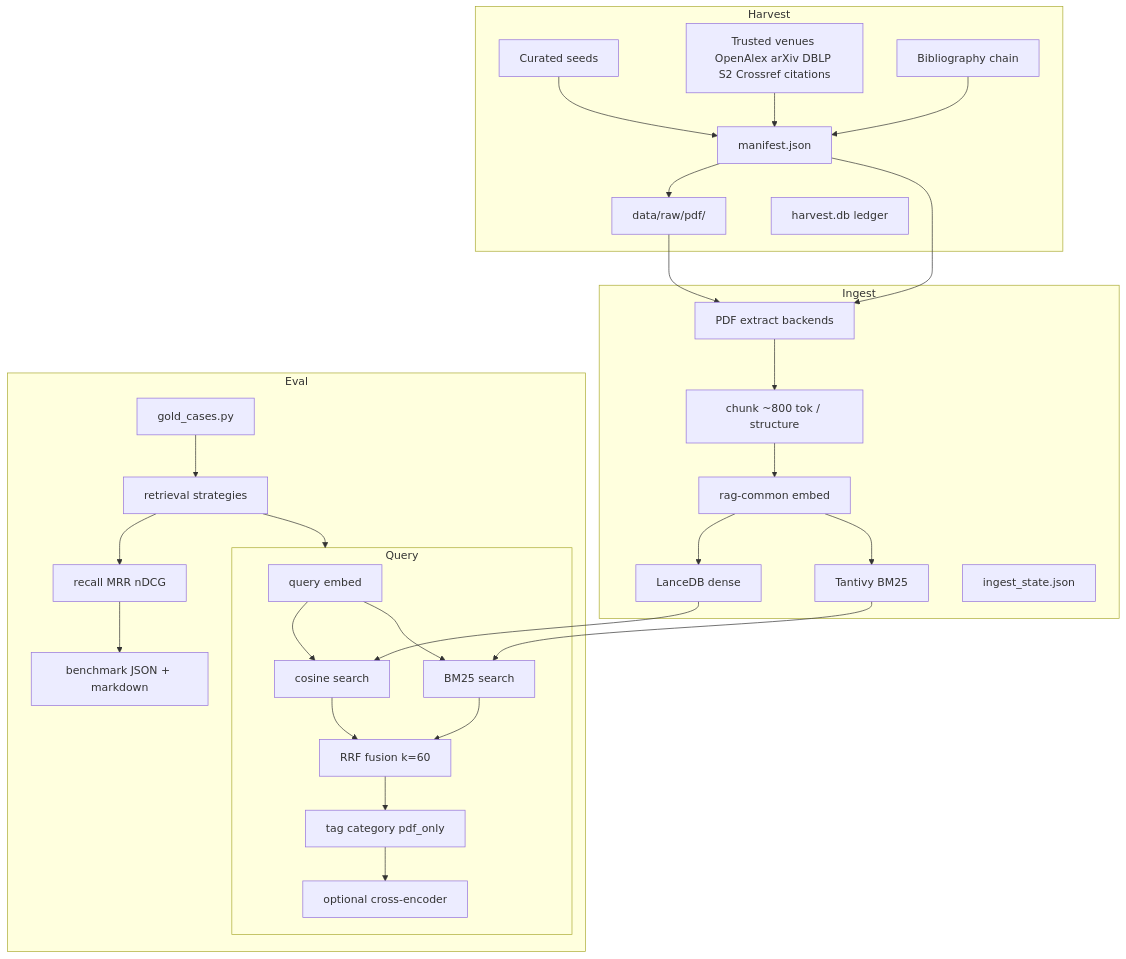
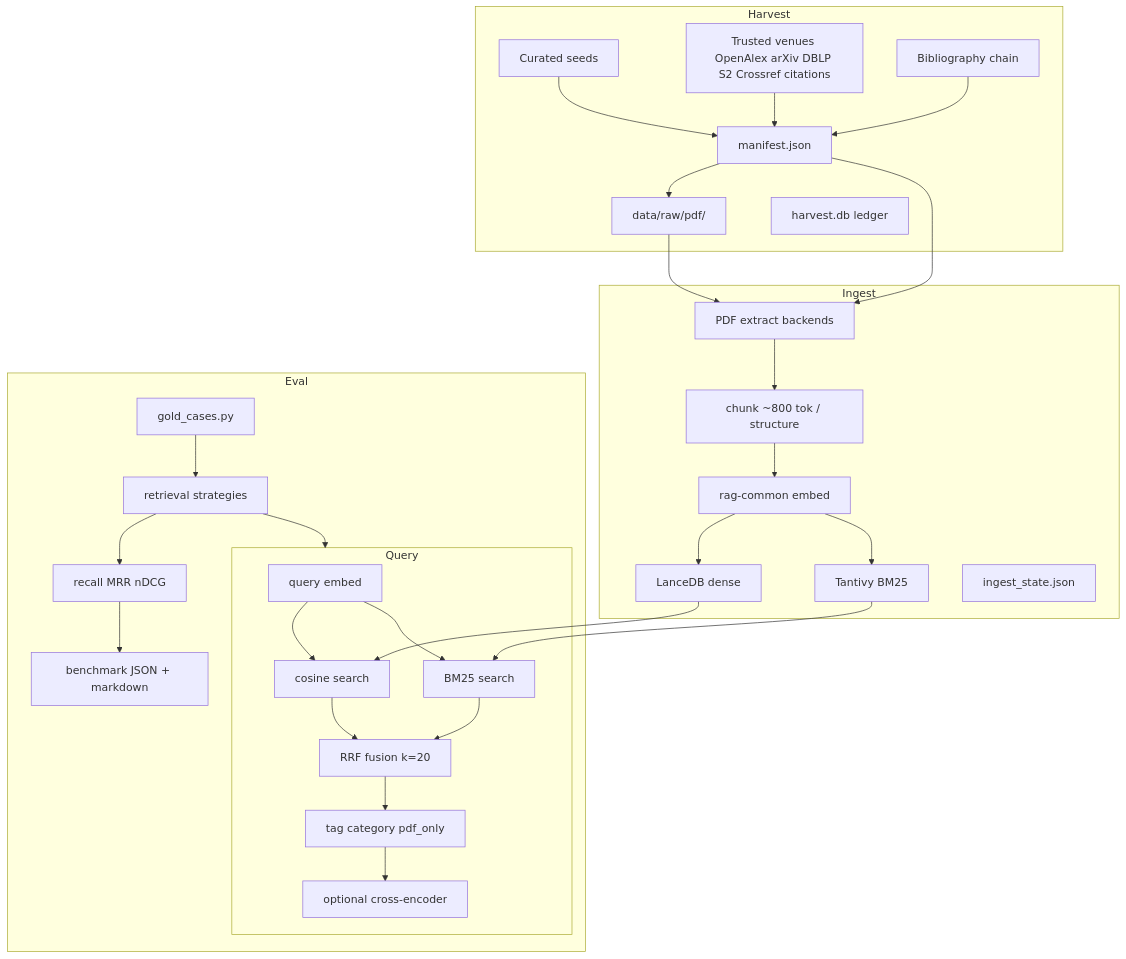
One commit to TusharSariya/excalidraw-tf-rag changed the diagram in graph-layout-rag/ARCHITECTURE.md. Above: the diagram before and after it, drawn with Mermaid. The commit also changed other lines of this file and 183 other files, not shown here.

````diff
--- a/graph-layout-rag/ARCHITECTURE.md
+++ b/graph-layout-rag/ARCHITECTURE.md
@@ -73,35 +73,35 @@
 ```mermaid
 flowchart TB
   subgraph harvest [Harvest]
     Seeds[Curated seeds] --> Manifest
     Discovery[Trusted venues OpenAlex arXiv DBLP S2 Crossref citations] --> Manifest
     BibChain[Bibliography chain] --> Manifest
     Manifest[manifest.json] --> PDFs[data/raw/pdf/]
     Ledger[harvest.db ledger]
   end
   subgraph ingest [Ingest]
     Extract[PDF extract backends] --> Chunk["chunk ~800 tok / structure"]
     Chunk --> Embed[rag-common embed]
     Embed --> Lance[LanceDB dense]
     Embed --> BM25[Tantivy BM25]
     State[ingest_state.json]
   end
   subgraph query [Query]
     QEmbed[query embed] --> Dense[cosine search]
     QEmbed --> Sparse[BM25 search]
-    Dense --> RRF["RRF fusion k=60"]
+    Dense --> RRF["RRF fusion k=20"]
     Sparse --> RRF
     RRF --> Filters[tag category pdf_only]
     Filters --> Rerank[optional cross-encoder]
   end
   subgraph eval [Eval]
     Gold[gold_cases.py] --> Strategies[retrieval strategies]
     Strategies --> query
     Strategies --> Metrics[recall MRR nDCG]
     Metrics --> Report[benchmark JSON + markdown]
   end
   Manifest --> Extract
   PDFs --> Extract
   Lance --> Dense
   BM25 --> Sparse
 ```
````
